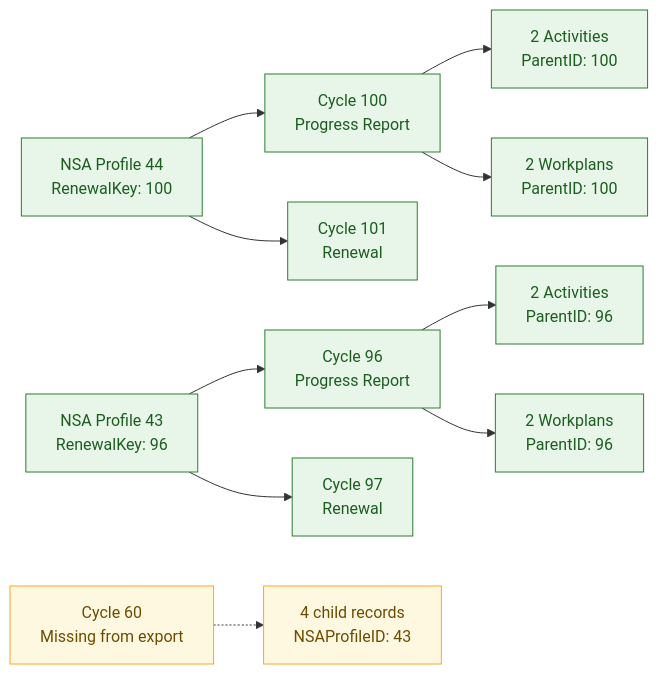
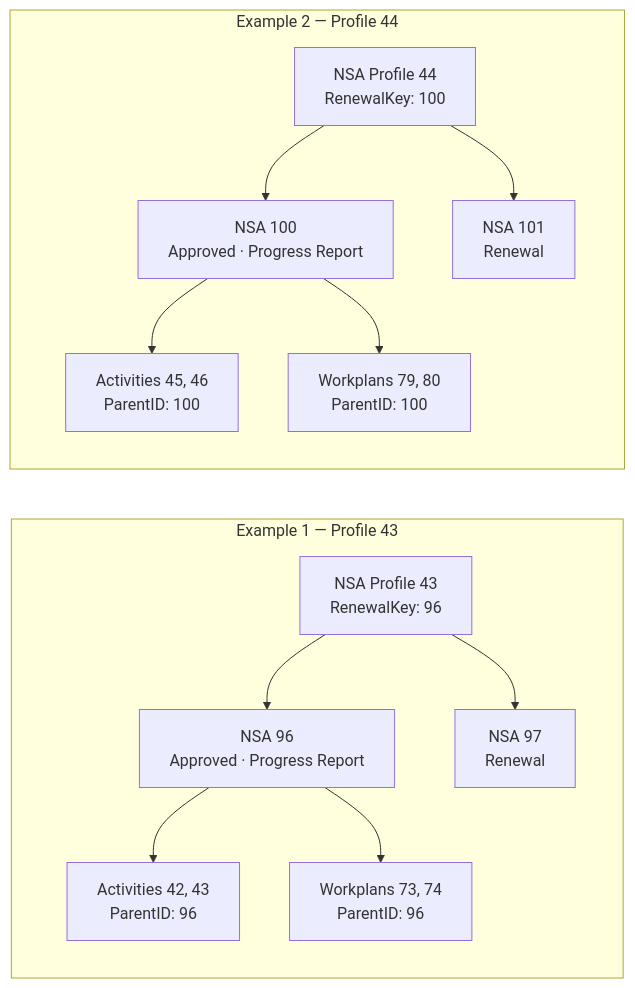
Before and after one commit to geraldotech/paho-nsa: the diagram in NSAv2/reports/Validate-End-to-End-Data-Workflow.md, drawn with Mermaid. The commit also changed other lines of this file, not shown here.

````diff
--- a/NSAv2/reports/Validate-End-to-End-Data-Workflow.md
+++ b/NSAv2/reports/Validate-End-to-End-Data-Workflow.md
@@ -8,19 +82,26 @@
 ```mermaid
 flowchart LR
-    P44["NSA Profile 44<br/>RenewalKey: 100"] --> C100["Cycle 100<br/>Progress Report"]
-    P44 --> C101["Cycle 101<br/>Renewal"]
-    C100 --> A44["2 Activities<br/>ParentID: 100"]
-    C100 --> W44["2 Workplans<br/>ParentID: 100"]
+    subgraph E1["Example 1 — Profile 43"]
+        P43["NSA Profile 43<br/>RenewalKey: 96"]
+        N96["NSA 96<br/>Approved · Progress Report"]
+        N97["NSA 97<br/>Renewal"]
+        A96["Activities 42, 43<br/>ParentID: 96"]
+        W96["Workplans 73, 74<br/>ParentID: 96"]
+        P43 --> N96
+        P43 --> N97
+        N96 --> A96
+        N96 --> W96
+    end
 
-    P43["NSA Profile 43<br/>RenewalKey: 96"] --> C96["Cycle 96<br/>Progress Report"]
-    P43 --> C97["Cycle 97<br/>Renewal"]
-    C96 --> A43["2 Activities<br/>ParentID: 96"]
-    C96 --> W43["2 Workplans<br/>ParentID: 96"]
-
-    M60["Cycle 60<br/>Missing from export"] -.-> O43["4 child records<br/>NSAProfileID: 43"]
-
-    classDef valid fill:#e8f5e9,stroke:#2e7d32,color:#1b5e20;
-    classDef warning fill:#fff8e1,stroke:#f9a825,color:#6d4c00;
-    class P44,C100,C101,A44,W44,P43,C96,C97,A43,W43 valid;
-    class M60,O43 warning;
+    subgraph E2["Example 2 — Profile 44"]
+        P44["NSA Profile 44<br/>RenewalKey: 100"]
+        N100["NSA 100<br/>Approved · Progress Report"]
+        N101["NSA 101<br/>Renewal"]
+        A100["Activities 45, 46<br/>ParentID: 100"]
+        W100["Workplans 79, 80<br/>ParentID: 100"]
+        P44 --> N100
+        P44 --> N101
+        N100 --> A100
+        N100 --> W100
+    end
 ```
````
